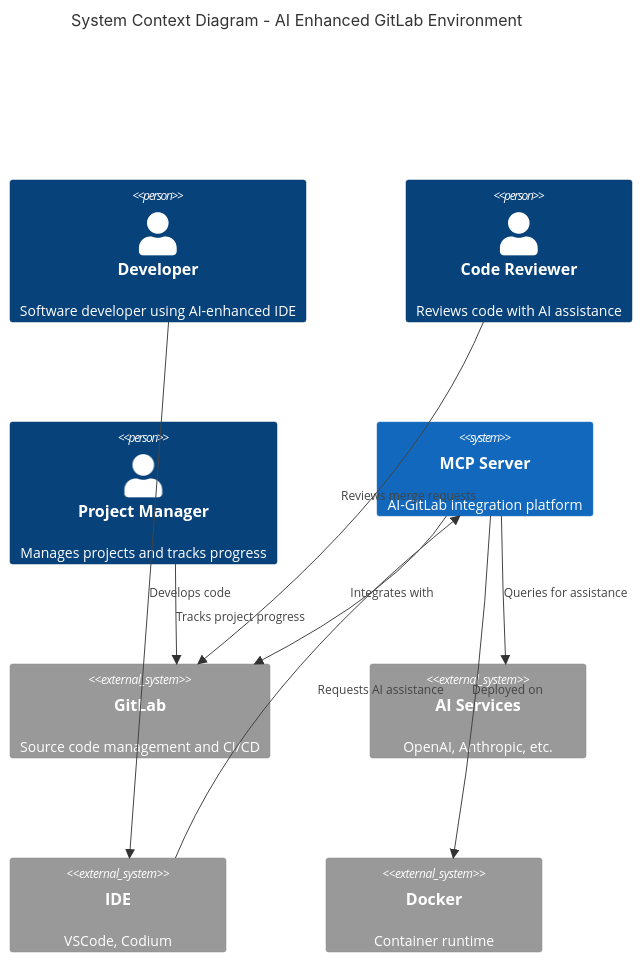
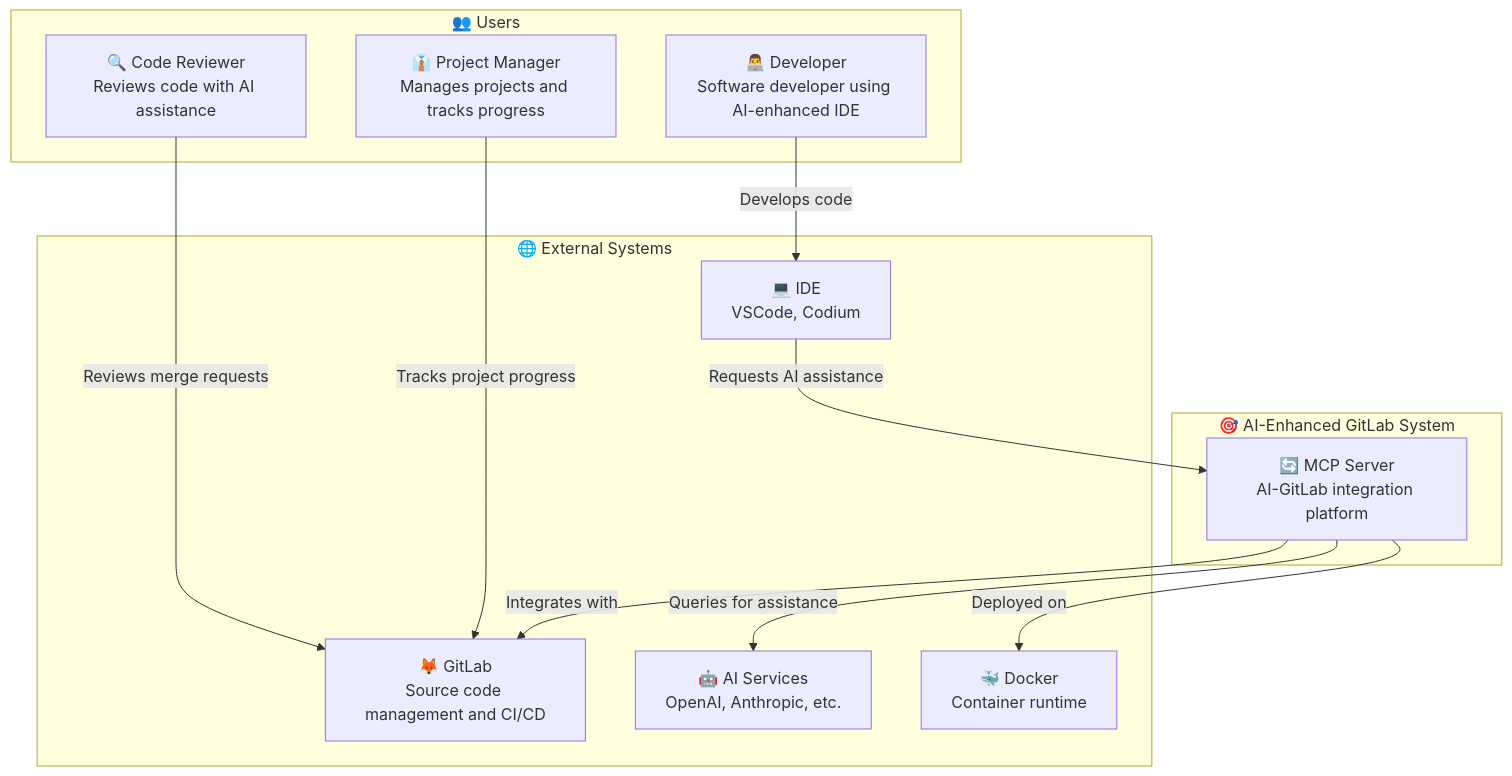
Before and after one commit to brunseba/lab_dev-mcp-gitlab: the third of 8 diagrams in docs/design/architecture.md, drawn with Mermaid. The commit also changed other lines of this file and 36 other files, not shown here.

Commit message:
chore: Update mkdocs with GitHub integration parameters

````diff
--- a/docs/design/architecture.md
+++ b/docs/design/architecture.md
@@ -136,26 +136,28 @@
 ```mermaid
-C4Context
-    title System Context Diagram - AI Enhanced GitLab Environment
+flowchart TD
+    subgraph Users["👥 Users"]
+        Dev["👨‍💻 Developer<br/>Software developer using AI-enhanced IDE"]
+        Reviewer["🔍 Code Reviewer<br/>Reviews code with AI assistance"]
+        Manager["👔 Project Manager<br/>Manages projects and tracks progress"]
+    end
     
-    Person(dev, "Developer", "Software developer using AI-enhanced IDE")
-    Person(reviewer, "Code Reviewer", "Reviews code with AI assistance")
-    Person(manager, "Project Manager", "Manages projects and tracks progress")
+    subgraph System["🎯 AI-Enhanced GitLab System"]
+        MCP["🔄 MCP Server<br/>AI-GitLab integration platform"]
+    end
     
-    System(mcp, "MCP Server", "AI-GitLab integration platform")
+    subgraph External["🌐 External Systems"]
+        GitLab["🦊 GitLab<br/>Source code management and CI/CD"]
+        AI["🤖 AI Services<br/>OpenAI, Anthropic, etc."]
+        IDE["💻 IDE<br/>VSCode, Codium"]
+        Docker["🐳 Docker<br/>Container runtime"]
+    end
     
-    System_Ext(gitlab, "GitLab", "Source code management and CI/CD")
-    System_Ext(ai, "AI Services", "OpenAI, Anthropic, etc.")
-    System_Ext(ide, "IDE", "VSCode, Codium")
-    System_Ext(docker, "Docker", "Container runtime")
+    Dev -->|"Develops code"| IDE
+    IDE -->|"Requests AI assistance"| MCP
+    Reviewer -->|"Reviews merge requests"| GitLab
+    Manager -->|"Tracks project progress"| GitLab
     
-    Rel(dev, ide, "Develops code")
-    Rel(ide, mcp, "Requests AI assistance")
-    Rel(reviewer, gitlab, "Reviews merge requests")
-    Rel(manager, gitlab, "Tracks project progress")
-    
-    Rel(mcp, gitlab, "Integrates with")
-    Rel(mcp, ai, "Queries for assistance")
-    Rel(mcp, docker, "Deployed on")
-    
-    UpdateLayoutConfig($c4ShapeInRow="3", $c4BoundaryInRow="2")
+    MCP -->|"Integrates with"| GitLab
+    MCP -->|"Queries for assistance"| AI
+    MCP -->|"Deployed on"| Docker
 ```
````
